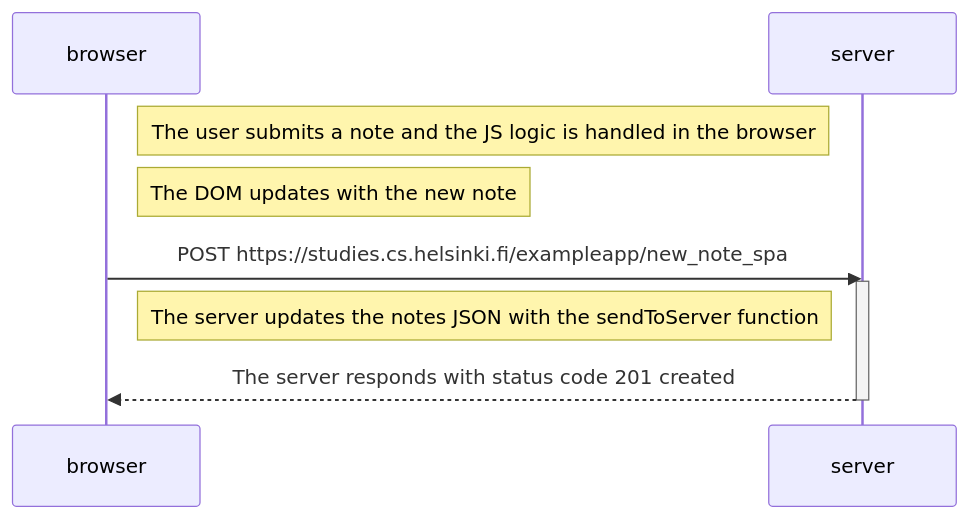
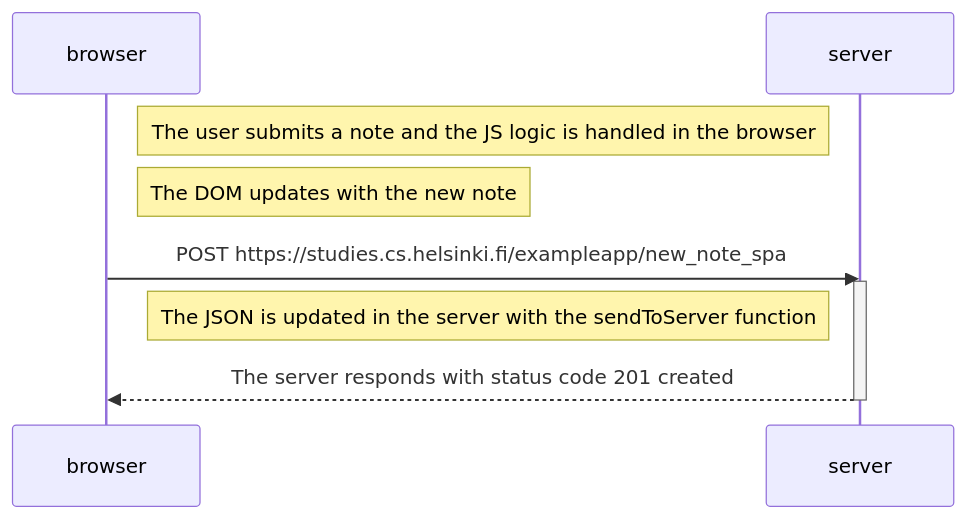
One commit to frankli-n/full-stack-open-university-of-helsinki changed the diagram in part0/0.6_spa_new_note.md. Above: the diagram before and after it, drawn with Mermaid.

````diff
--- a/part0/0.6_spa_new_note.md
+++ b/part0/0.6_spa_new_note.md
@@ -1,15 +1,15 @@
 ```mermaid
 sequenceDiagram
     participant browser
     participant server
 
     Note right of browser: The user submits a note and the JS logic is handled in the browser
     Note right of browser: The DOM updates with the new note
     browser->>server: POST https://studies.cs.helsinki.fi/exampleapp/new_note_spa
 
     activate server
-    Note left of server: The server updates the notes JSON with the sendToServer function
+    Note left of server: The JSON is updated in the server with the sendToServer function
     server-->>browser: The server responds with status code 201 created
     deactivate server
 
 ```
````
